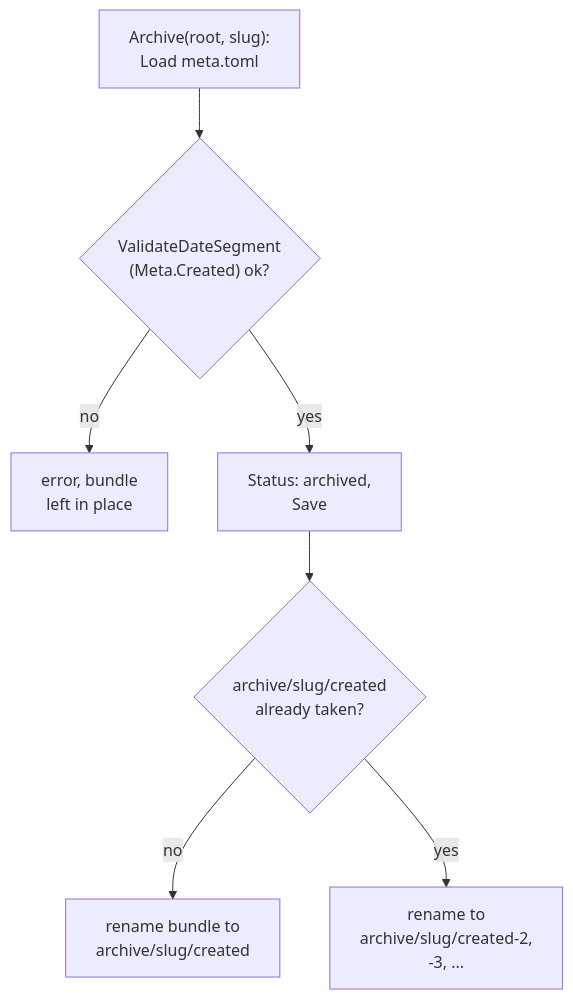
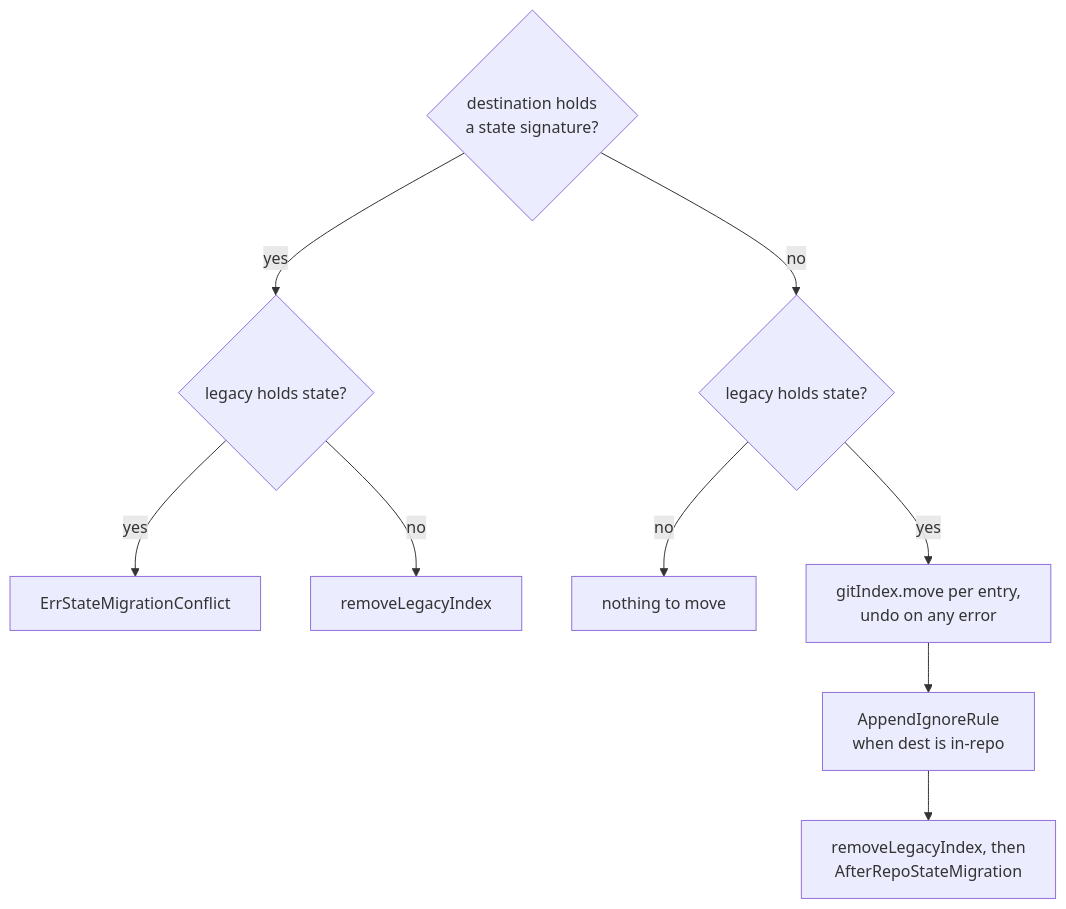
The second of 12 diagrams in docs/wiki/config.md (damusix/atomic-claude), drawn with Mermaid before and after one commit. The commit also changed other lines of this file and 795 other files, not shown here.

````diff
--- a/docs/wiki/config.md
+++ b/docs/wiki/config.md
@@ -151,10 +67,12 @@
 ```mermaid
 flowchart TD
-    %% source: atomic/internal/scratchpad/archive.go
-    AR["Archive(root, slug):<br/>Load meta.toml"] --> VD{"ValidateDateSegment<br/>(Meta.Created) ok?"}
-    VD -->|no| ER["error, bundle<br/>left in place"]
-    VD -->|yes| ST["Status: archived,<br/>Save"]
-    ST --> MV{"archive/slug/created<br/>already taken?"}
-    MV -->|no| MOVE["rename bundle to<br/>archive/slug/created"]
-    MV -->|yes| SUF["rename to<br/>archive/slug/created-2,<br/>-3, ..."]
+    %% source: atomic/internal/config/repostate_migrate.go (MigrateRepositoryState)
+    D{"destination holds<br/>a state signature?"} -->|yes| L1{"legacy holds state?"}
+    L1 -->|yes| CF["ErrStateMigrationConflict"]
+    L1 -->|no| RI["removeLegacyIndex"]
+    D -->|no| L2{"legacy holds state?"}
+    L2 -->|no| N["nothing to move"]
+    L2 -->|yes| MV["gitIndex.move per entry,<br/>undo on any error"]
+    MV --> IG["AppendIgnoreRule<br/>when dest is in-repo"]
+    IG --> AF["removeLegacyIndex, then<br/>AfterRepoStateMigration"]
 ```
````
